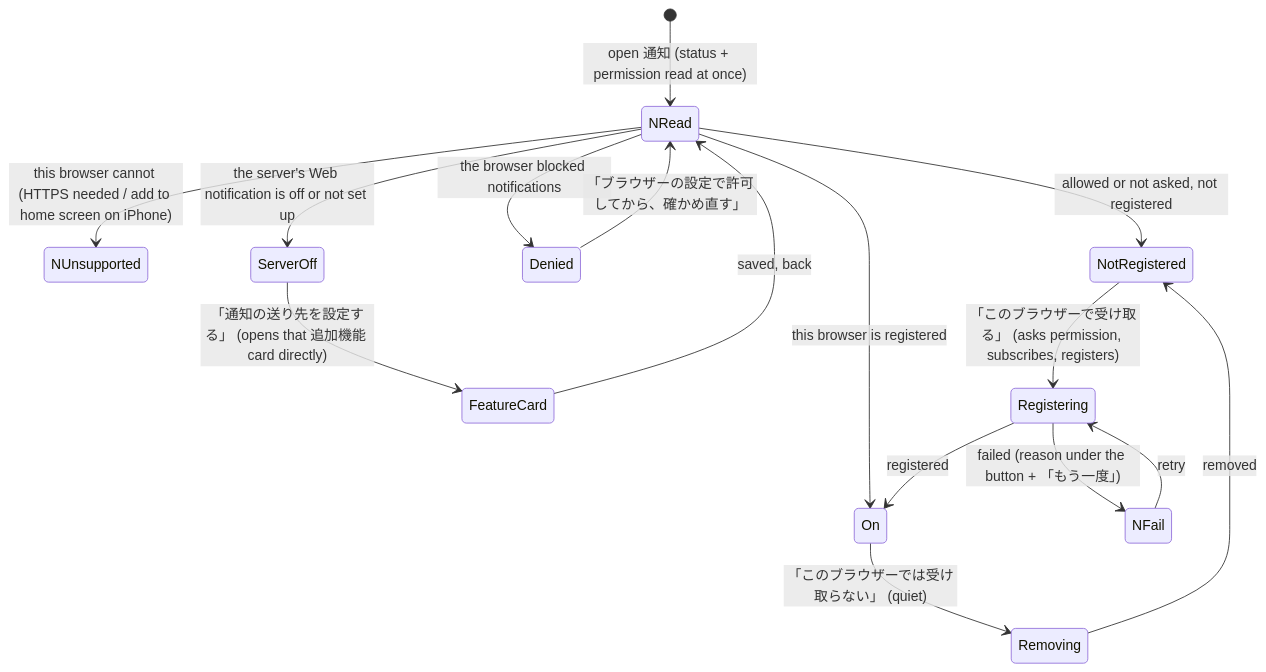
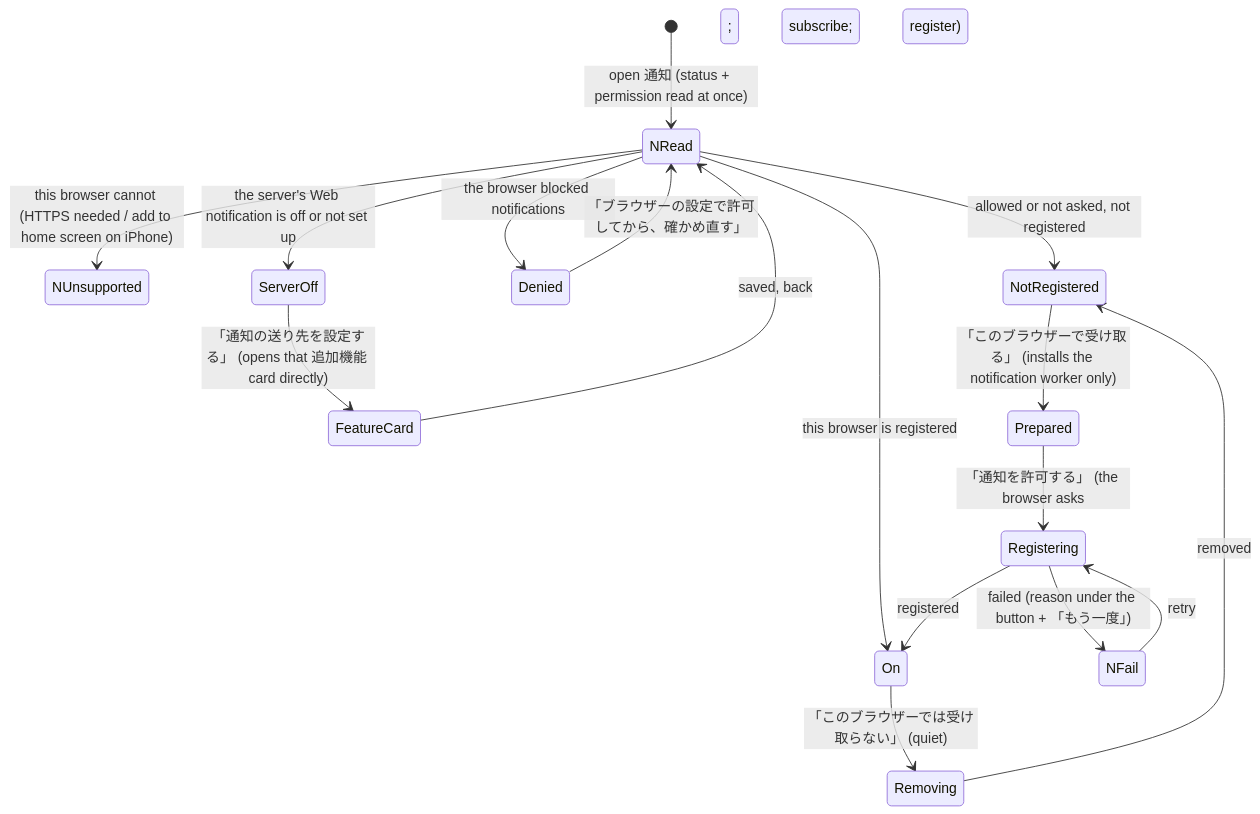
Diagram 12 of 16 in docs/architecture/modules/web/user-paths.md (kitepon/BellTeam), drawn with Mermaid before and after one commit. The commit also changed other lines of this file and 24 other files, not shown here.

````diff
--- a/docs/architecture/modules/web/user-paths.md
+++ b/docs/architecture/modules/web/user-paths.md
@@ -373,18 +373,19 @@
 ```mermaid
 stateDiagram-v2
   [*] --> NRead: open 通知 (status + permission read at once)
   NRead --> NUnsupported: this browser cannot (HTTPS needed / add to home screen on iPhone)
   NRead --> ServerOff: the server's Web notification is off or not set up
   NRead --> Denied: the browser blocked notifications
   NRead --> NotRegistered: allowed or not asked, not registered
   NRead --> On: this browser is registered
   ServerOff --> FeatureCard: 「通知の送り先を設定する」 (opens that 追加機能 card directly)
   FeatureCard --> NRead: saved, back
   Denied --> NRead: 「ブラウザーの設定で許可してから、確かめ直す」
-  NotRegistered --> Registering: 「このブラウザーで受け取る」 (asks permission, subscribes, registers)
+  NotRegistered --> Prepared: 「このブラウザーで受け取る」 (installs the notification worker only)
+  Prepared --> Registering: 「通知を許可する」 (the browser asks; subscribe; register)
   Registering --> On: registered
   Registering --> NFail: failed (reason under the button + 「もう一度」)
   NFail --> Registering: retry
   On --> Removing: 「このブラウザーでは受け取らない」 (quiet)
   Removing --> NotRegistered: removed
 ```
````
